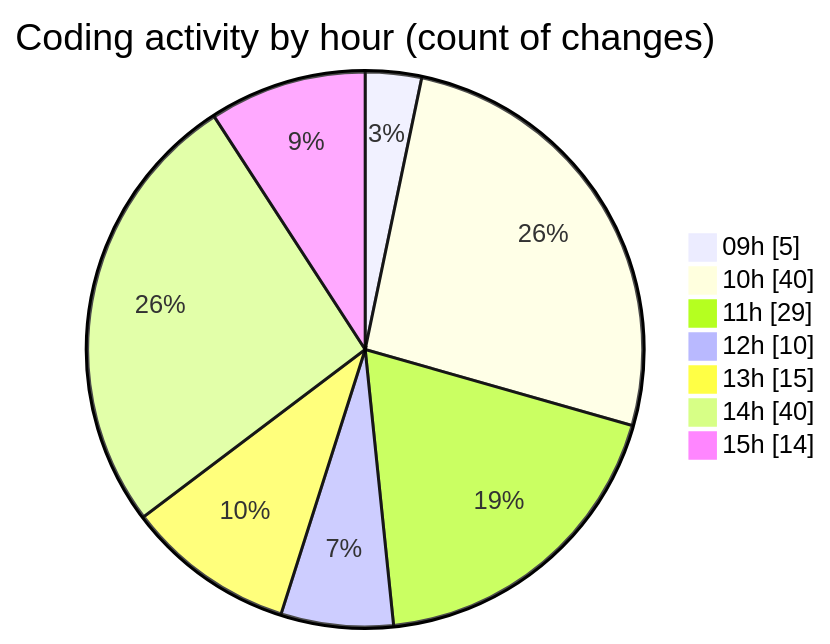
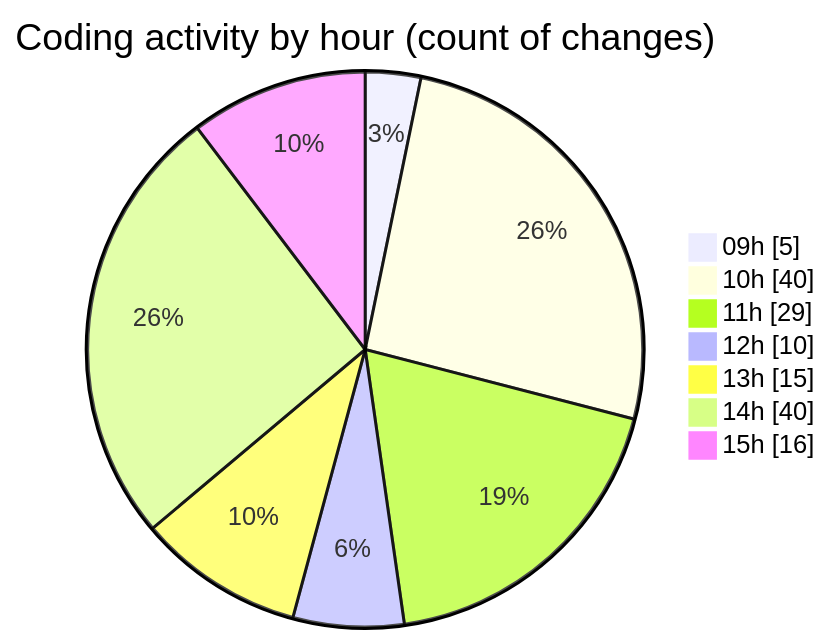
Before and after one commit to CELIANVF/code-tracking: the second of 2 diagrams in 2025-06-02/ecodeli-1/README.md, drawn with Mermaid. The commit also changed other lines of this file and 1 other file, not shown here.

````diff
--- a/2025-06-02/ecodeli-1/README.md
+++ b/2025-06-02/ecodeli-1/README.md
@@ -93,11 +93,11 @@
 ```mermaid
 pie showData
 title Coding activity by hour (count of changes)
 "09h" : 5
 "10h" : 40
 "11h" : 29
 "12h" : 10
 "13h" : 15
 "14h" : 40
-"15h" : 14
+"15h" : 16
 ```
````
